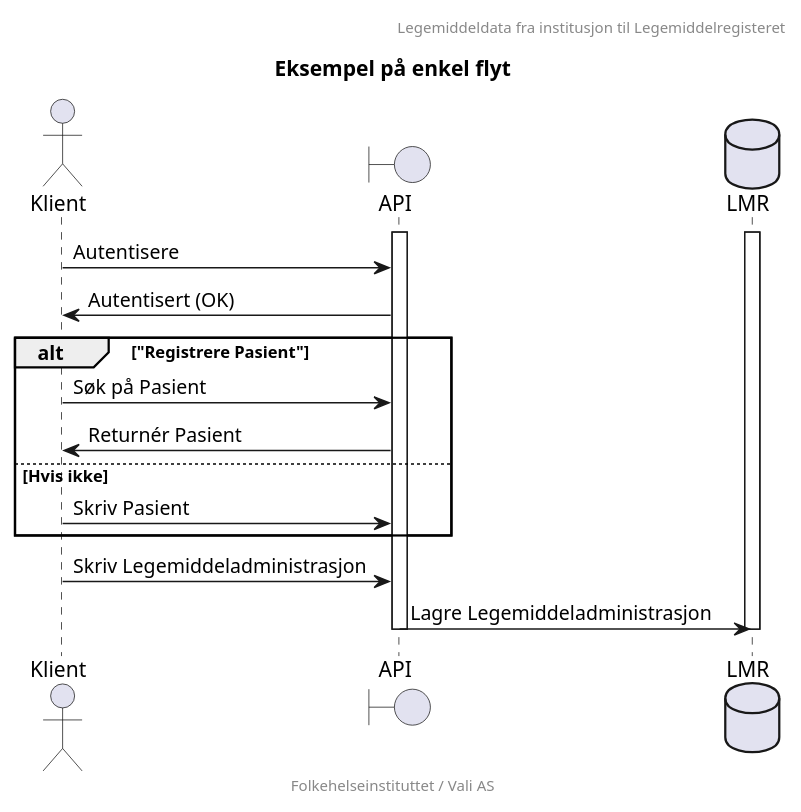
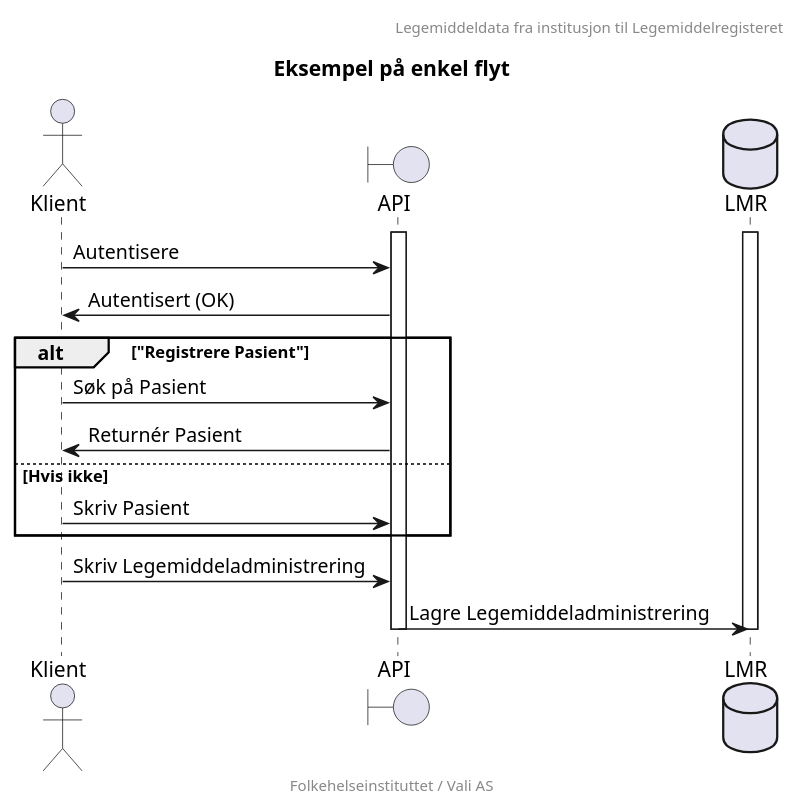
Before and after one commit to HL7Norway/LMDI: the diagram in LMDI/input/images/flyt-enkel-1.plantuml, drawn with PlantUML. The commit also changed 8 other files, not shown here.

Commit message:
Legemiddeladministrasjon => Legemiddeladministrering

```diff
--- a/LMDI/input/images/flyt-enkel-1.plantuml
+++ b/LMDI/input/images/flyt-enkel-1.plantuml
@@ -1,30 +1,30 @@
 @startuml
 
 skinparam Shadowing false
 
 title "Eksempel på enkel flyt"
 header "Legemiddeldata fra institusjon til Legemiddelregisteret"
 footer "Folkehelseinstituttet / Vali AS"
 
 actor Klient
 boundary API
 database  LMR
 
 activate API
 Klient -> API : Autentisere
 API -> Klient : Autentisert (OK)
 
 alt "Registrere Pasient"
 Klient -> API : Søk på Pasient
 API -> Klient : Returnér Pasient
 else Hvis ikke
 Klient -> API : Skriv Pasient
 end
 
 activate LMR
-Klient -> API : Skriv Legemiddeladministrasjon
-API -> LMR : Lagre Legemiddeladministrasjon
+Klient -> API : Skriv Legemiddeladministrering
+API -> LMR : Lagre Legemiddeladministrering
 deactivate API
 deactivate LMR
 
 @enduml
```
